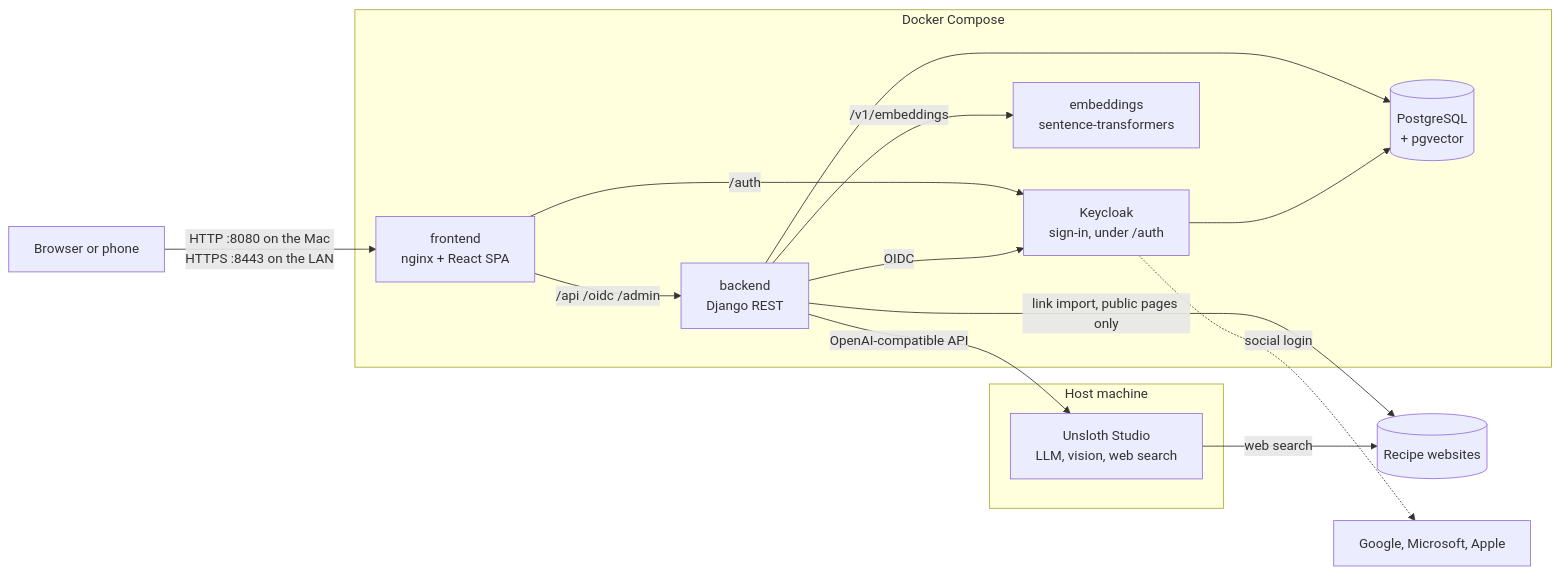
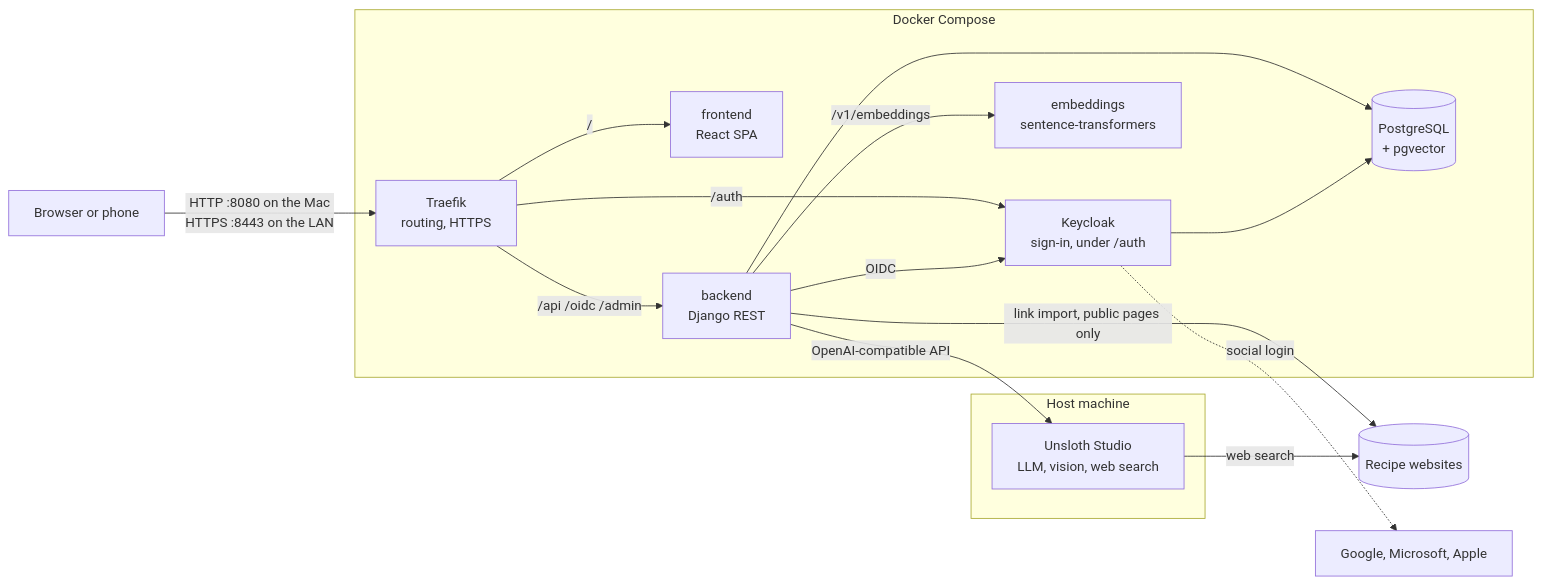
One commit to PaoloneM/platemates changed the diagram in README.md. Above: the diagram before and after it, drawn with Mermaid. The commit also changed 11 other files, not shown here.

First line of the commit message:
Traefik as the entry point; nginx only serves the SPA

````diff
--- a/README.md
+++ b/README.md
@@ -29,31 +29,33 @@
 ```mermaid
 flowchart LR
     user["Browser or phone"]
 
     subgraph compose["Docker Compose"]
-        nginx["frontend<br/>nginx + React SPA"]
+        traefik["Traefik<br/>routing, HTTPS"]
+        spa["frontend<br/>React SPA"]
         backend["backend<br/>Django REST"]
         keycloak["Keycloak<br/>sign-in, under /auth"]
         db[("PostgreSQL<br/>+ pgvector")]
         embeddings["embeddings<br/>sentence-transformers"]
     end
 
     subgraph host["Host machine"]
         studio["Unsloth Studio<br/>LLM, vision, web search"]
     end
 
     web[("Recipe websites")]
     idp["Google, Microsoft, Apple"]
 
-    user -- "HTTP :8080 on the Mac<br/>HTTPS :8443 on the LAN" --> nginx
-    nginx -- "/api /oidc /admin" --> backend
-    nginx -- "/auth" --> keycloak
+    user -- "HTTP :8080 on the Mac<br/>HTTPS :8443 on the LAN" --> traefik
+    traefik -- "/" --> spa
+    traefik -- "/api /oidc /admin" --> backend
+    traefik -- "/auth" --> keycloak
     backend -- "OIDC" --> keycloak
     backend --> db
     keycloak --> db
     backend -- "OpenAI-compatible API" --> studio
     backend -- "/v1/embeddings" --> embeddings
     backend -- "link import, public pages only" --> web
     studio -- "web search" --> web
     keycloak -. "social login" .-> idp
 ```
````
